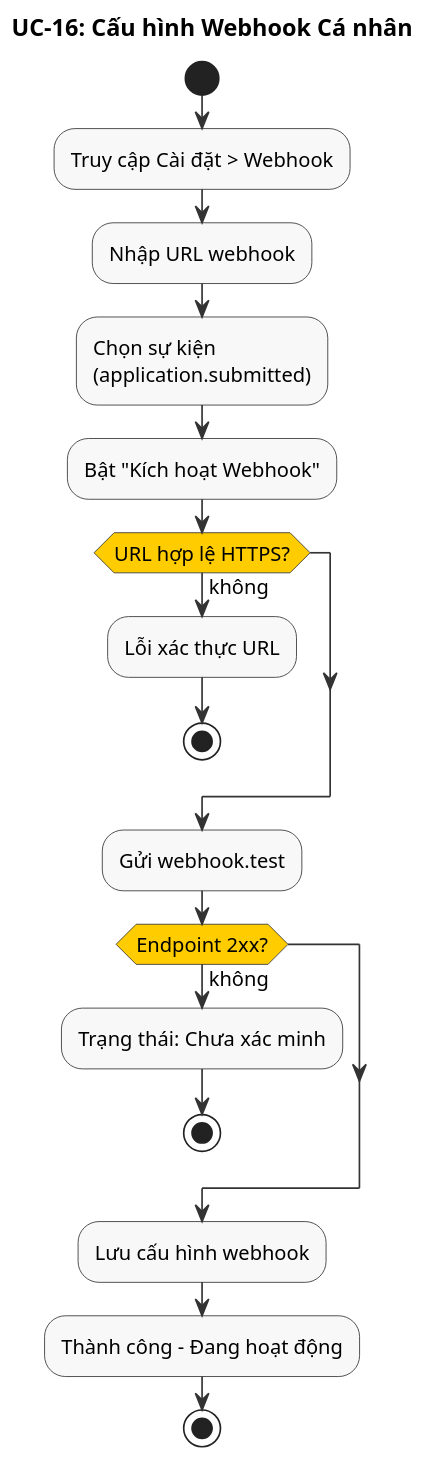
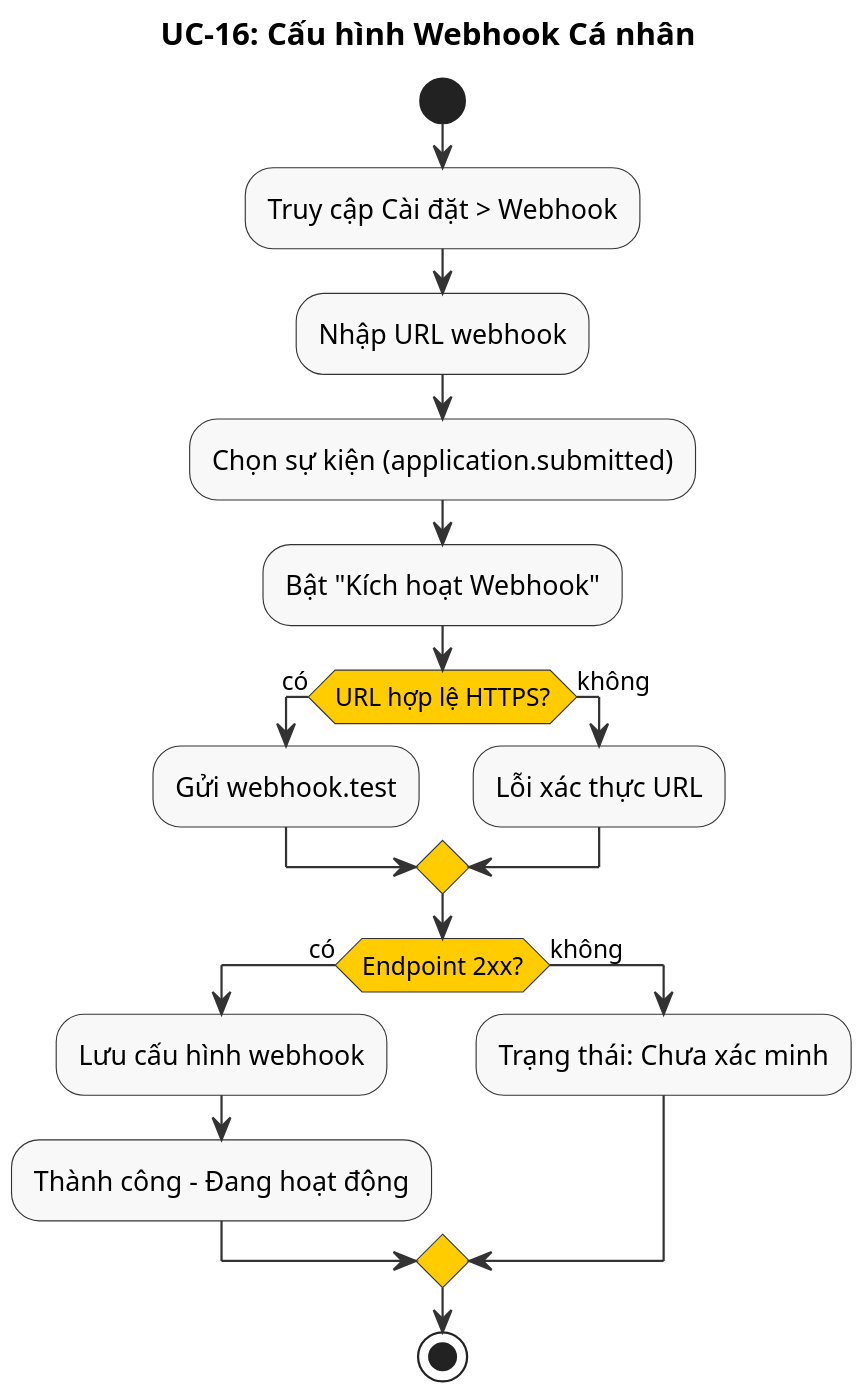
One commit to namnh240795/document changed the diagram in modules/recr/diagrams/activity/uc16-webhook-config-activity.puml. Above: the diagram before and after it, drawn with PlantUML. The commit also changed 79 other files, not shown here.

```diff
--- a/modules/recr/diagrams/activity/uc16-webhook-config-activity.puml
+++ b/modules/recr/diagrams/activity/uc16-webhook-config-activity.puml
@@ -1,45 +1,39 @@
 @startuml
 ' UC-16: Cấu hình Webhook Cá nhân - Sơ đồ Hoạt động
-skinparam dpi 150
-skinparam defaultFontSize 12
-skinparam nodesep 15
-skinparam ranksep 15
+skinparam dpi 200
 skinparam activity {
   BackgroundColor #F8F8F8
   BorderColor #333333
   ArrowColor #333333
   DiamondBackgroundColor #FFCC00
   DiamondBorderColor #333333
 }
 
 title UC-16: Cấu hình Webhook Cá nhân
 
 start
 
 :Truy cập Cài đặt > Webhook;
 
 :Nhập URL webhook;
 
-:Chọn sự kiện\n(application.submitted);
+:Chọn sự kiện (application.submitted);
 
 :Bật "Kích hoạt Webhook";
 
-if (URL hợp lệ HTTPS?) then (không)
+if (URL hợp lệ HTTPS?) then (có)
+  :Gửi webhook.test;
+else (không)
   :Lỗi xác thực URL;
-  stop
 endif
 
-:Gửi webhook.test;
-
-if (Endpoint 2xx?) then (không)
+if (Endpoint 2xx?) then (có)
+  :Lưu cấu hình webhook;
+  :Thành công - Đang hoạt động;
+else (không)
   :Trạng thái: Chưa xác minh;
-  stop
 endif
-
-:Lưu cấu hình webhook;
-
-:Thành công - Đang hoạt động;
 
 stop
 
 @enduml
```
